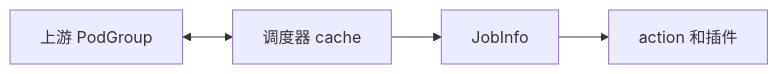
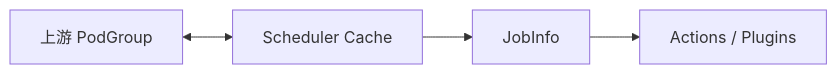
Diagram 11 of 11 in docs/research/k8s-workload-aware-scheduling-vs-volcano-cn.md (JesseStutler/volcano), drawn with Mermaid before and after one commit. The commit also changed other lines of this file and 1 other file, not shown here.

````diff
--- a/docs/research/k8s-workload-aware-scheduling-vs-volcano-cn.md
+++ b/docs/research/k8s-workload-aware-scheduling-vs-volcano-cn.md
@@ -530,10 +449,10 @@
 ```mermaid
 flowchart LR
     UB["上游 PodGroup"]
-    CB["调度器 cache"]
+    CB["Scheduler Cache"]
     JB["JobInfo"]
-    SB["action 和插件"]
+    SB["Actions / Plugins"]
     UB <--> CB
     CB --> JB
     JB --> SB
 ```
````
